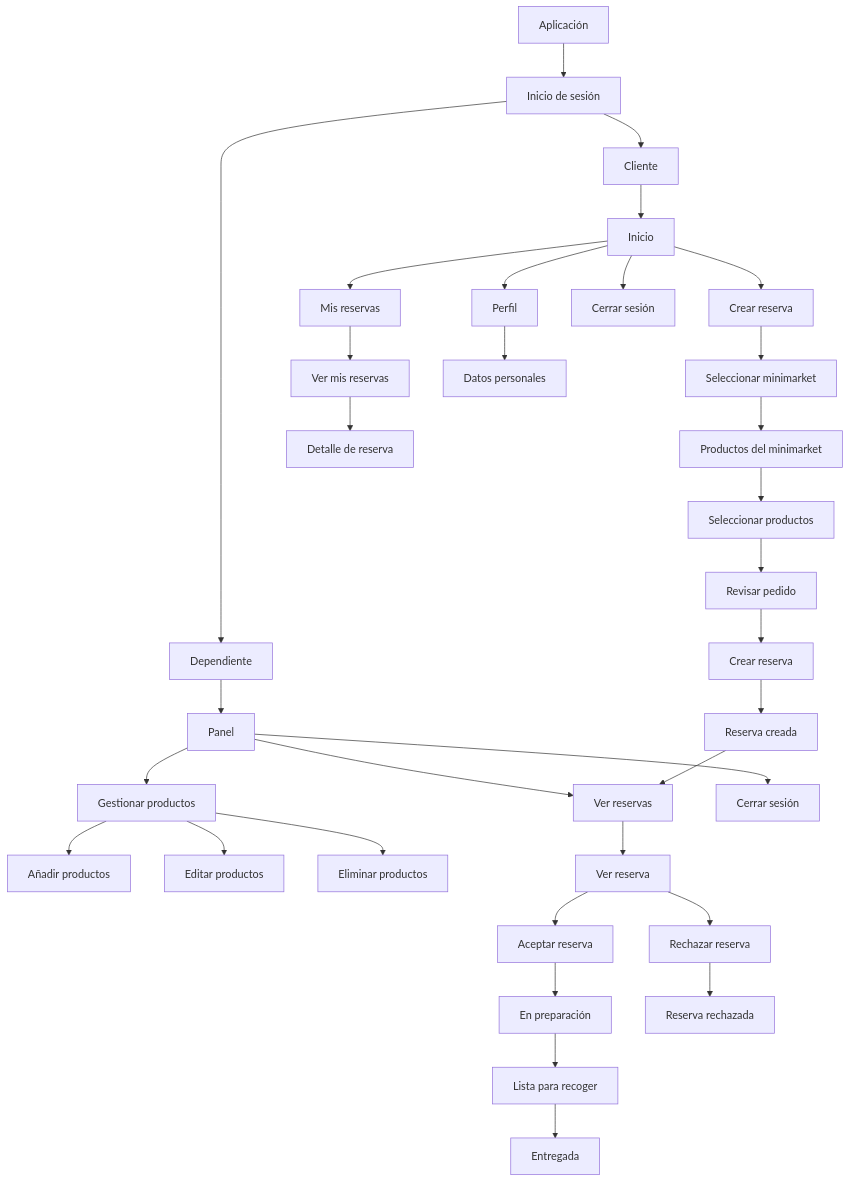
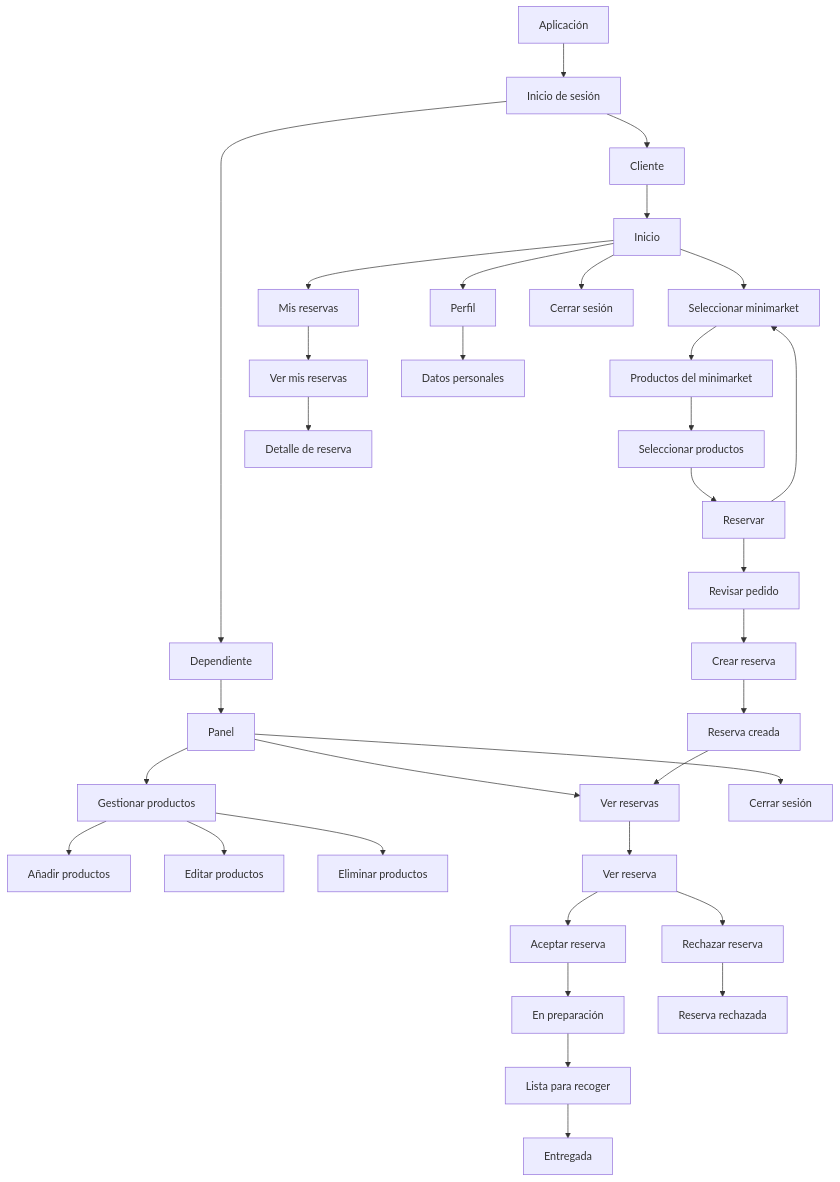
One commit to erick677710/SistemaDeReserva changed the diagram in PERSONA/FLUJO3.md. Above: the diagram before and after it, drawn with Mermaid.

````diff
--- a/PERSONA/FLUJO3.md
+++ b/PERSONA/FLUJO3.md
@@ -2,63 +2,64 @@
 ```mermaid
 flowchart TD
     A[Aplicación] --> B[Inicio de sesión]
 
     B --> C[Cliente]
     B --> D[Dependiente]
 
     %% =========================
     %% FLUJO DEL CLIENTE
     %% =========================
 
     C --> C1[Inicio]
-    C1 --> C2[Crear reserva]
+    C1 --> C6[Seleccionar minimarket]
     C1 --> C3[Mis reservas]
     C1 --> C4[Perfil]
     C1 --> C5[Cerrar sesión]
 
     %% Crear reserva
     C2 --> C6[Seleccionar minimarket]
     C6 --> C7[Productos del minimarket]
 
     C7 --> C8[Seleccionar productos]
-    C8 --> C9[Revisar pedido]
+    C8 --> C2[Reservar]
+    C2 --> C9[Revisar pedido]
     C9 --> C10[Crear reserva]
     C10 --> C11[Reserva creada]
 
     %% Otras opciones del cliente
     C3 --> C12[Ver mis reservas]
     C12 --> C13[Detalle de reserva]
 
     C4 --> C14[Datos personales]
 
     %% =========================
     %% FLUJO DEL DEPENDIENTE
     %% =========================
 
     D --> D1[Panel]
     D1 --> D2[Gestionar productos]
     D1 --> D3[Ver reservas]
     D1 --> D4[Cerrar sesión]
 
     %% Gestión de productos
     D2 --> D5[Añadir productos]
     D2 --> D6[Editar productos]
     D2 --> D7[Eliminar productos]
 
     %% Gestión de reservas
     D3 --> D8[Ver reserva]
     D8 --> D9[Aceptar reserva]
     D8 --> D10[Rechazar reserva]
 
     D9 --> D11[En preparación]
     D11 --> D12[Lista para recoger]
     D12 --> D13[Entregada]
 
     D10 --> D14[Reserva rechazada]
 
     %% =========================
     %% CONEXIÓN CLIENTE-DEPENDIENTE
     %% =========================
 
     C11 --> D3
 ```
````
